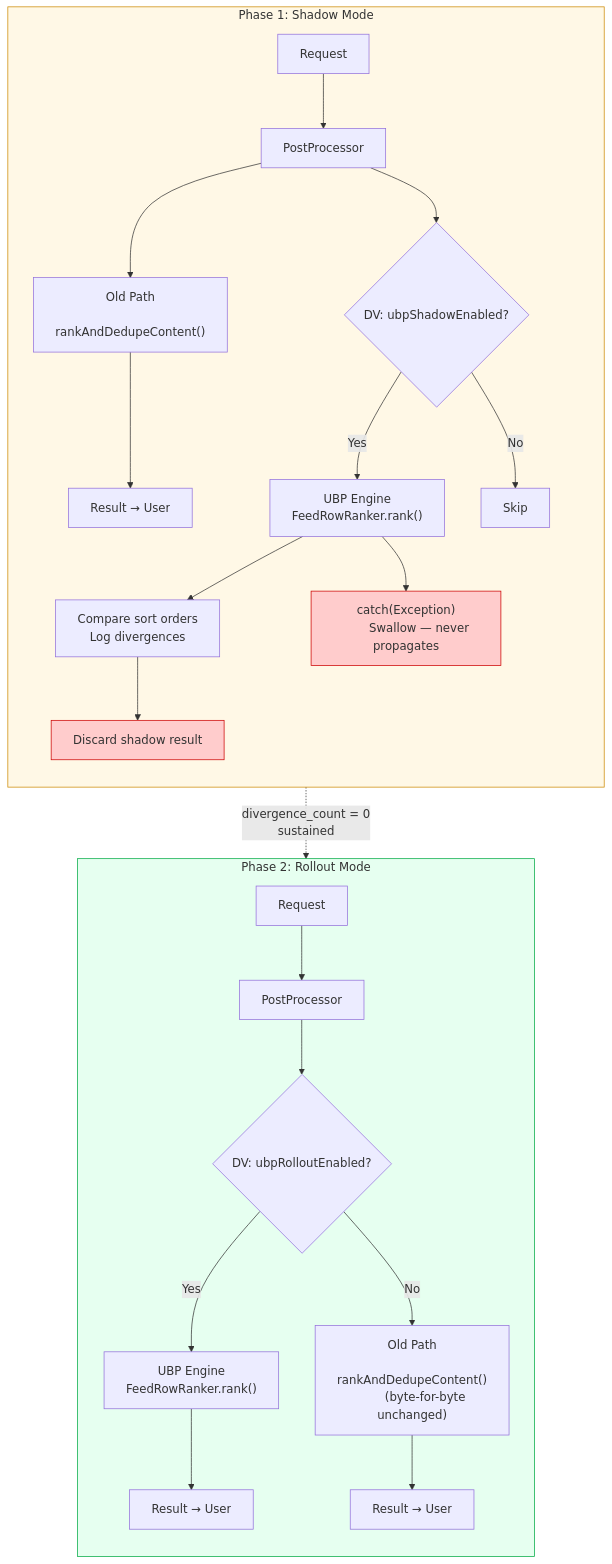
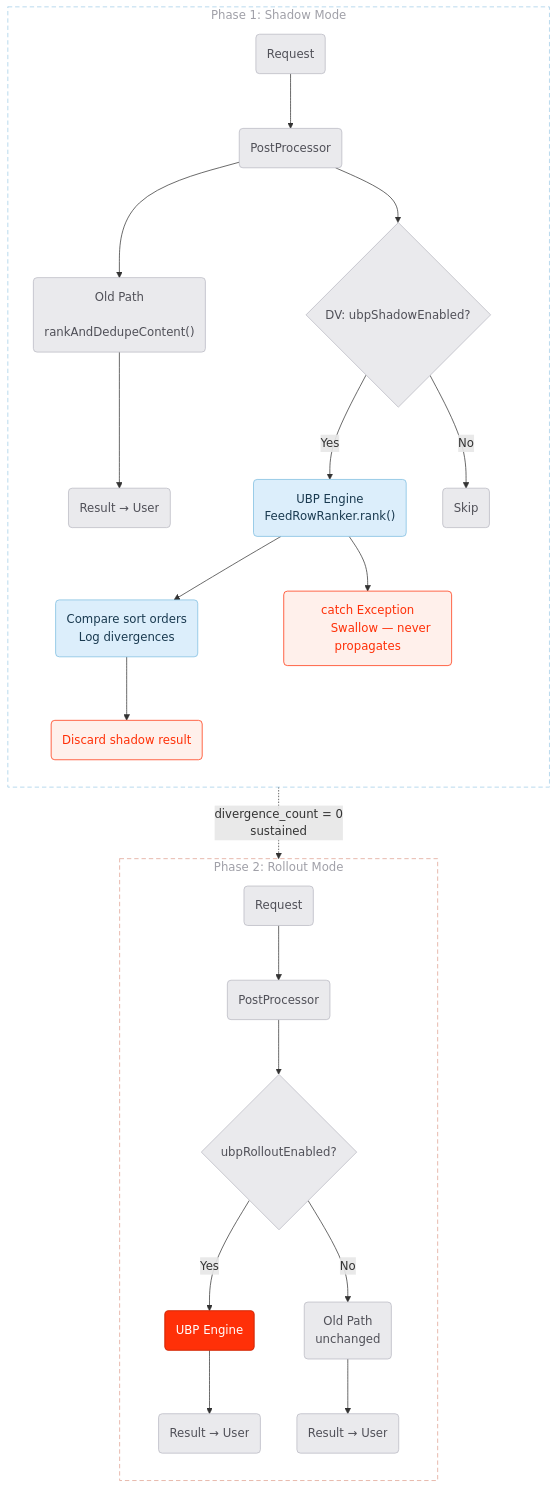
One commit to daniel-fonyo/dd-brain changed the fourth of 7 diagrams in unified-blending-platform/context/one-pager-diagrams.md. Above: the diagram before and after it, drawn with Mermaid. The commit also changed other lines of this file, not shown here.

First line of the commit message:
Restyle all 7 one-pager diagrams with design guidelines

````diff
--- a/unified-blending-platform/context/one-pager-diagrams.md
+++ b/unified-blending-platform/context/one-pager-diagrams.md
@@ -347,43 +358,45 @@
 ```mermaid
 flowchart TB
-    subgraph shadow["Phase 1: Shadow Mode"]
+    subgraph shadow["  Phase 1: Shadow Mode  "]
         direction TB
-        R1["Request"] --> PP1["PostProcessor"]
-        PP1 --> OLD1["Old Path
-        rankAndDedupeContent()"]
-        OLD1 --> RESULT1["Result → User"]
+        R1("Request"):::domain --> PP1("PostProcessor"):::domain
+        PP1 --> OLD1("Old Path
+        rankAndDedupeContent()"):::domain
+        OLD1 --> RESULT1("Result → User"):::domain
 
-        PP1 --> DV1{"DV: ubpShadowEnabled?"}
-        DV1 -->|Yes| NEW1["UBP Engine
-        FeedRowRanker.rank()"]
-        DV1 -->|No| SKIP1["Skip"]
-        NEW1 --> CMP["Compare sort orders
-        Log divergences"]
-        NEW1 --> CATCH["catch(Exception)
-        Swallow — never propagates"]
-        CMP --> DISCARD["Discard shadow result"]
+        PP1 --> DV1{"DV: ubpShadowEnabled?"}:::domain
+        DV1 -->|Yes| NEW1("UBP Engine
+        FeedRowRanker.rank()"):::step
+        DV1 -->|No| SKIP1("Skip"):::domain
+        NEW1 --> CMP("Compare sort orders
+        Log divergences"):::step
+        NEW1 --> CATCH("catch Exception
+        Swallow — never propagates"):::discard
+        CMP --> DISCARD("Discard shadow result"):::discard
 
         RESULT1 ~~~ CMP
     end
 
-    subgraph rollout["Phase 2: Rollout Mode"]
+    subgraph rollout["  Phase 2: Rollout Mode  "]
         direction TB
-        R2["Request"] --> PP2["PostProcessor"]
-        PP2 --> DV2{"DV: ubpRolloutEnabled?"}
-        DV2 -->|Yes| NEW2["UBP Engine
-        FeedRowRanker.rank()"]
-        DV2 -->|No| OLD2["Old Path
-        rankAndDedupeContent()
-        (byte-for-byte unchanged)"]
-        NEW2 --> RESULT2a["Result → User"]
-        OLD2 --> RESULT2b["Result → User"]
+        R2("Request"):::domain --> PP2("PostProcessor"):::domain
+        PP2 --> DV2{"ubpRolloutEnabled?"}:::domain
+        DV2 -->|Yes| NEW2("UBP Engine"):::hero
+        DV2 -->|No| OLD2("Old Path
+        unchanged"):::domain
+        NEW2 --> RESULT2a("Result → User"):::domain
+        OLD2 --> RESULT2b("Result → User"):::domain
     end
 
     shadow -.->|"divergence_count = 0
     sustained"| rollout
 
-    style shadow fill:#fff8e6,stroke:#cc8800
-    style rollout fill:#e6fff0,stroke:#00aa44
-    style DISCARD fill:#ffcccc,stroke:#cc0000
-    style CATCH fill:#ffcccc,stroke:#cc0000
+    %% Gray = existing/plumbing. Blue = new path (shadow, experimental). Red = new path (live). Red tint = discard/danger.
+    classDef domain fill:#EAEAED,stroke:#B8B8C2,color:#505058,stroke-width:1px
+    classDef step fill:#DCEEFB,stroke:#7BBCE0,color:#1A3A50,stroke-width:1px
+    classDef hero fill:#FF3008,stroke:#D42807,color:#FFFFFF,stroke-width:1.5px
+    classDef discard fill:#FFF0EB,stroke:#FF3008,color:#FF3008,stroke-width:1px
+
+    style shadow fill:transparent,stroke:#A0CCE8,stroke-width:1px,stroke-dasharray:6 4,color:#A0A0A8
+    style rollout fill:transparent,stroke:#E0A090,stroke-width:1px,stroke-dasharray:6 4,color:#A0A0A8
 ```
````
